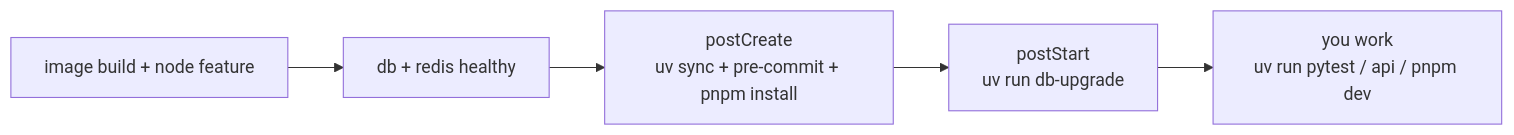
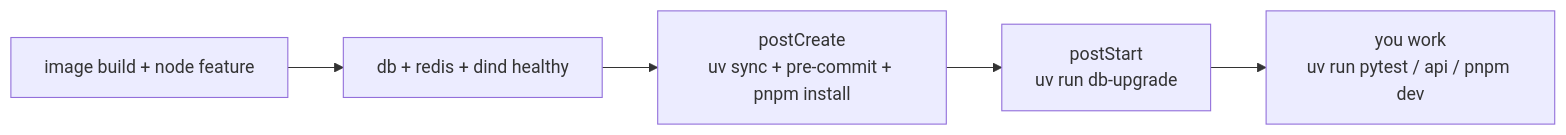
One commit to mac-lisowski/project-taipan changed the fourth of 4 diagrams in docs/devcontainer.md. Above: the diagram before and after it, drawn with Mermaid. The commit also changed other lines of this file and 40 other files, not shown here.

````diff
--- a/docs/devcontainer.md
+++ b/docs/devcontainer.md
@@ -99,7 +113,7 @@
 ```mermaid
 graph LR
-  A[image build + node feature] --> B[db + redis healthy]
+  A[image build + node feature] --> B[db + redis + dind healthy]
   B --> C[postCreate<br>uv sync + pre-commit + pnpm install]
   C --> D[postStart<br>uv run db-upgrade]
   D --> E[you work<br>uv run pytest / api / pnpm dev]
 ```
````
